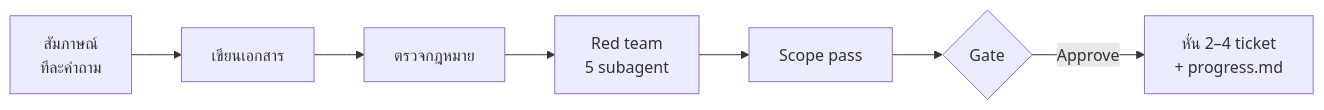
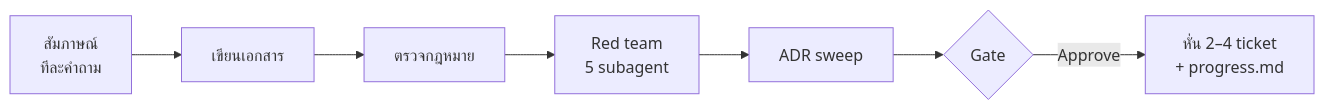
Before and after one commit to mousemouse094526/kiki-kit: the second of 5 diagrams in docs/flow.th.md, drawn with Mermaid. The commit also changed other lines of this file and 20 other files, not shown here.

````diff
--- a/docs/flow.th.md
+++ b/docs/flow.th.md
@@ -50,13 +51,13 @@
 ```mermaid
 flowchart LR
     I["สัมภาษณ์<br/>ทีละคำถาม"]
     DOC["เขียนเอกสาร"]
     LG["ตรวจกฎหมาย"]
     RT["Red team<br/>5 subagent"]
-    S["Scope pass"]
+    S["ADR sweep"]
     G{"Gate"}
     TK["หั่น 2–4 ticket<br/>+ progress.md"]
 
     I --> DOC --> LG --> RT --> S --> G
     G -->|Approve| TK
 ```
````
